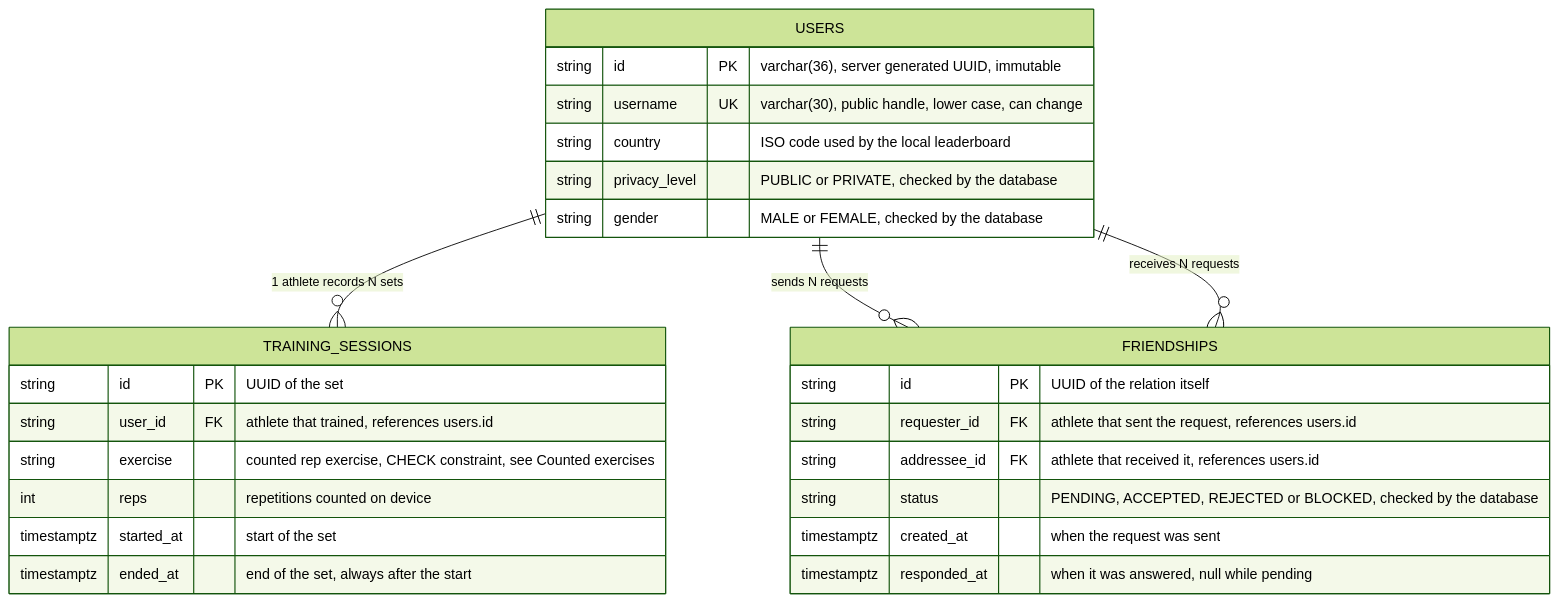
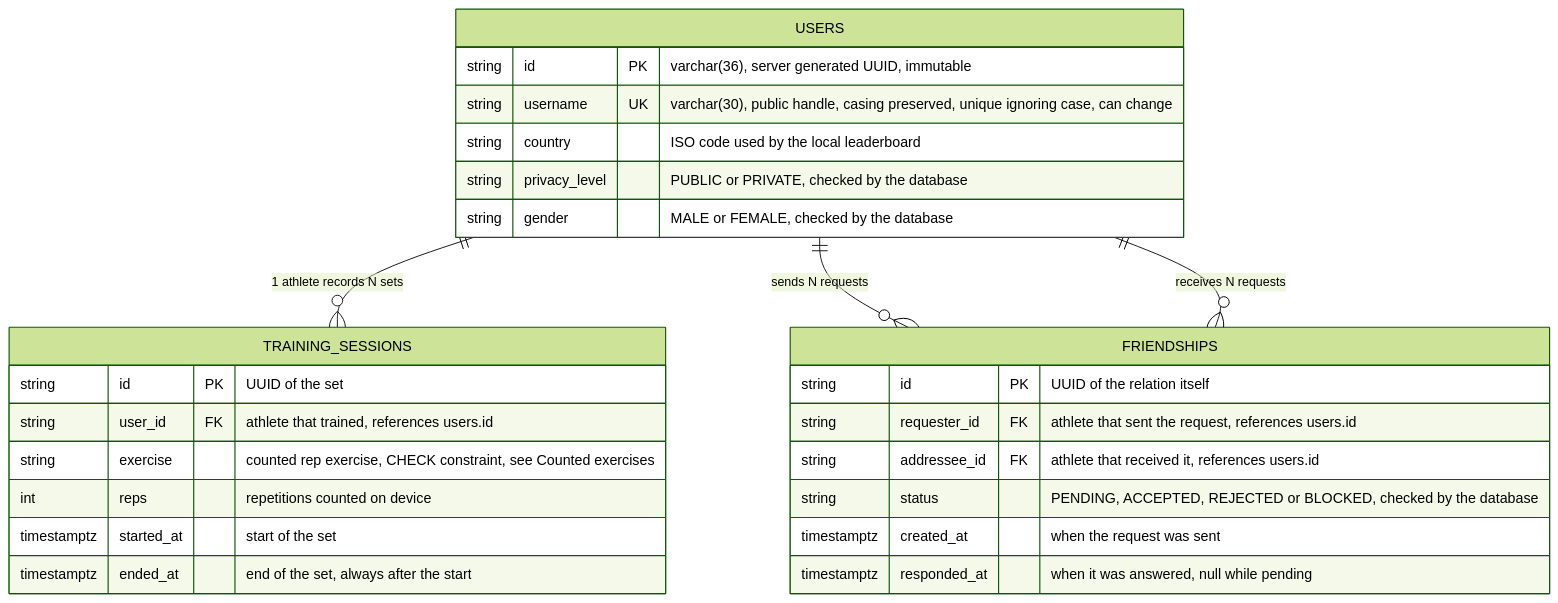
One commit to yeikobu/tatakae-api changed the first of 2 diagrams in README.md. Above: the diagram before and after it, drawn with Mermaid (forest theme). The commit also changed other lines of this file and 12 other files, not shown here.

Commit message:
Preserve the username casing the athlete types

````diff
--- a/README.md
+++ b/README.md
@@ -356,32 +356,32 @@
 ```mermaid
 erDiagram
     USERS ||--o{ TRAINING_SESSIONS : "1 athlete records N sets"
     USERS ||--o{ FRIENDSHIPS : "sends N requests"
     USERS ||--o{ FRIENDSHIPS : "receives N requests"
 
     USERS {
         string id PK "varchar(36), server generated UUID, immutable"
-        string username UK "varchar(30), public handle, lower case, can change"
+        string username UK "varchar(30), public handle, casing preserved, unique ignoring case, can change"
         string country "ISO code used by the local leaderboard"
         string privacy_level "PUBLIC or PRIVATE, checked by the database"
         string gender "MALE or FEMALE, checked by the database"
     }
 
     FRIENDSHIPS {
         string id PK "UUID of the relation itself"
         string requester_id FK "athlete that sent the request, references users.id"
         string addressee_id FK "athlete that received it, references users.id"
         string status "PENDING, ACCEPTED, REJECTED or BLOCKED, checked by the database"
         timestamptz created_at "when the request was sent"
         timestamptz responded_at "when it was answered, null while pending"
     }
 
     TRAINING_SESSIONS {
         string id PK "UUID of the set"
         string user_id FK "athlete that trained, references users.id"
         string exercise "counted rep exercise, CHECK constraint, see Counted exercises"
         int reps "repetitions counted on device"
         timestamptz started_at "start of the set"
         timestamptz ended_at "end of the set, always after the start"
     }
 ```
````
